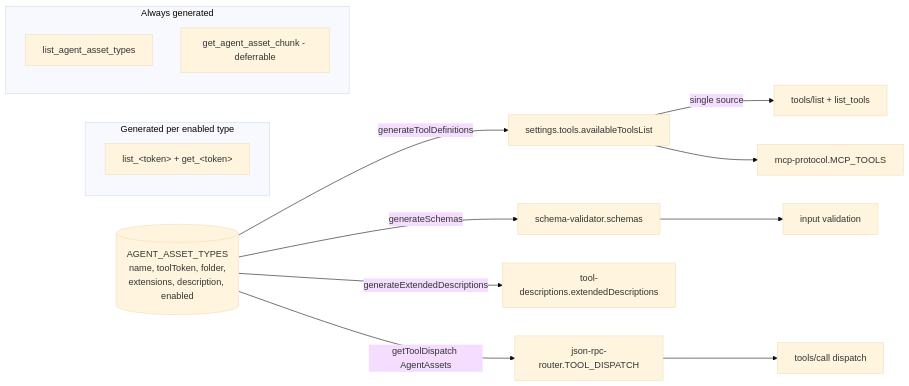
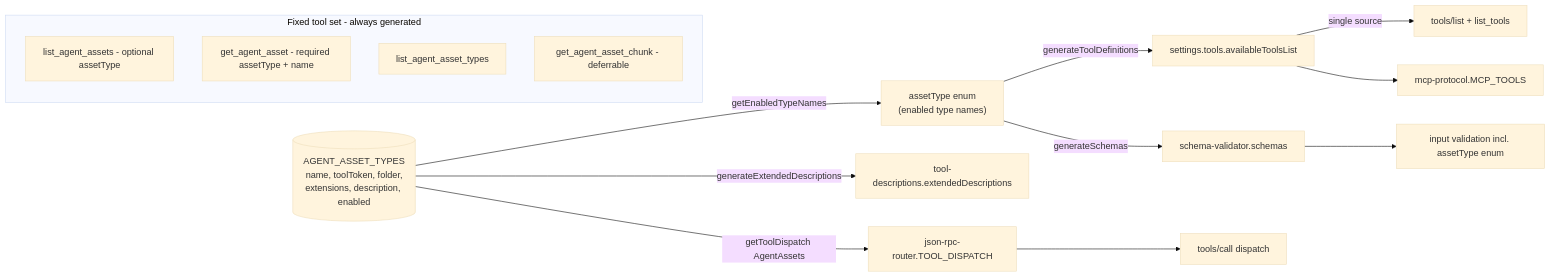
Before and after one commit to 63Klabs/atlantis-mcp: the second of 2 diagrams in .kiro/specs/0-0-6-agent-asset-tools/design.md, drawn with Mermaid (base theme). The commit also changed other lines of this file and 56 other files, not shown here.

Commit message:
feat: added agent asset tools to mcp

````diff
--- a/.kiro/specs/0-0-6-agent-asset-tools/design.md
+++ b/.kiro/specs/0-0-6-agent-asset-tools/design.md
@@ -124,20 +152,20 @@
 ```mermaid
 flowchart LR
     Reg[("AGENT_ASSET_TYPES<br/>name, toolToken, folder,<br/>extensions, description, enabled")]
-    Reg -->|generateToolDefinitions| Settings[settings.tools.availableToolsList]
-    Reg -->|generateSchemas| Schema[schema-validator.schemas]
+    Reg -->|getEnabledTypeNames| Enum["assetType enum<br/>(enabled type names)"]
+    Enum -->|generateToolDefinitions| Settings[settings.tools.availableToolsList]
+    Enum -->|generateSchemas| Schema[schema-validator.schemas]
     Reg -->|generateExtendedDescriptions| Desc[tool-descriptions.extendedDescriptions]
     Reg -->|getToolDispatch AgentAssets| Router[json-rpc-router.TOOL_DISPATCH]
     Settings -->|single source| ToolsList[tools/list + list_tools]
     Settings --> MCP[mcp-protocol.MCP_TOOLS]
     Router --> Call[tools/call dispatch]
-    Schema --> Validate[input validation]
+    Schema --> Validate[input validation incl. assetType enum]
 
-    subgraph Generated per enabled type
-      T1[list_&lt;token&gt; + get_&lt;token&gt;]
-    end
-    subgraph Always generated
-      T2[list_agent_asset_types]
-      T3[get_agent_asset_chunk - deferrable]
+    subgraph Fixed tool set - always generated
+      T1[list_agent_assets - optional assetType]
+      T2[get_agent_asset - required assetType + name]
+      T3[list_agent_asset_types]
+      T4[get_agent_asset_chunk - deferrable]
     end
 ```
````
